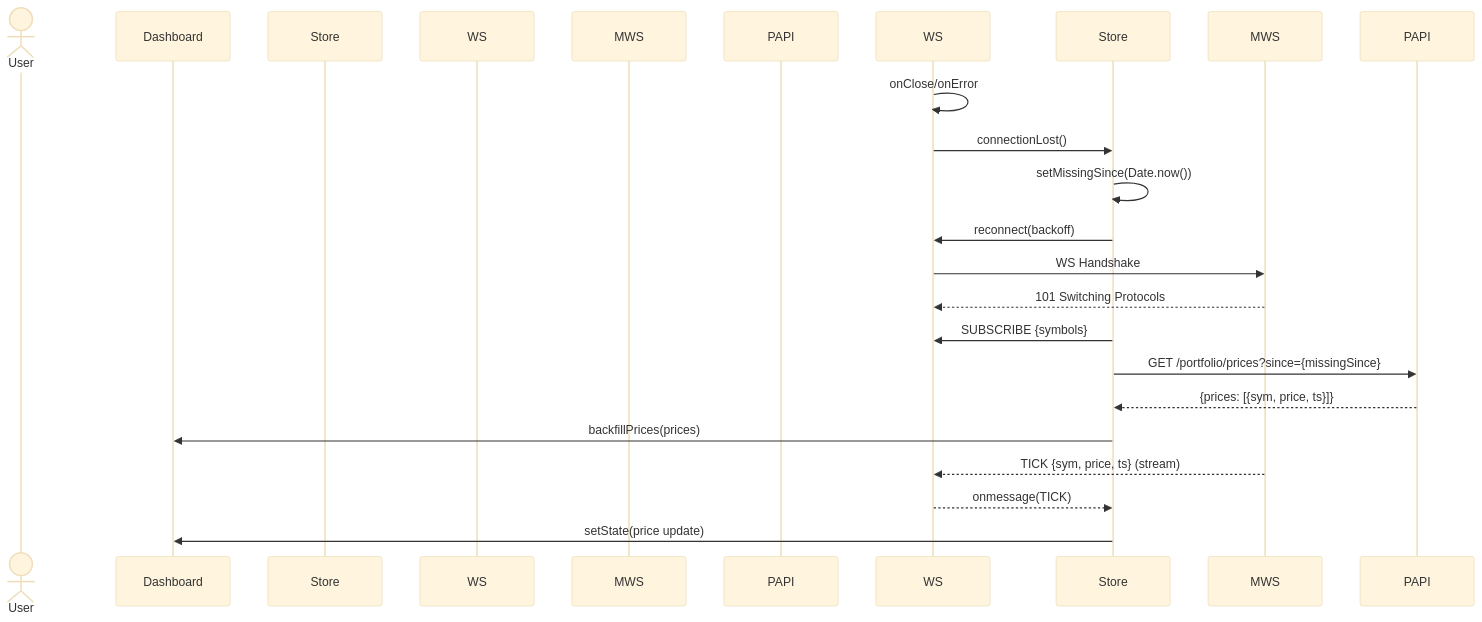
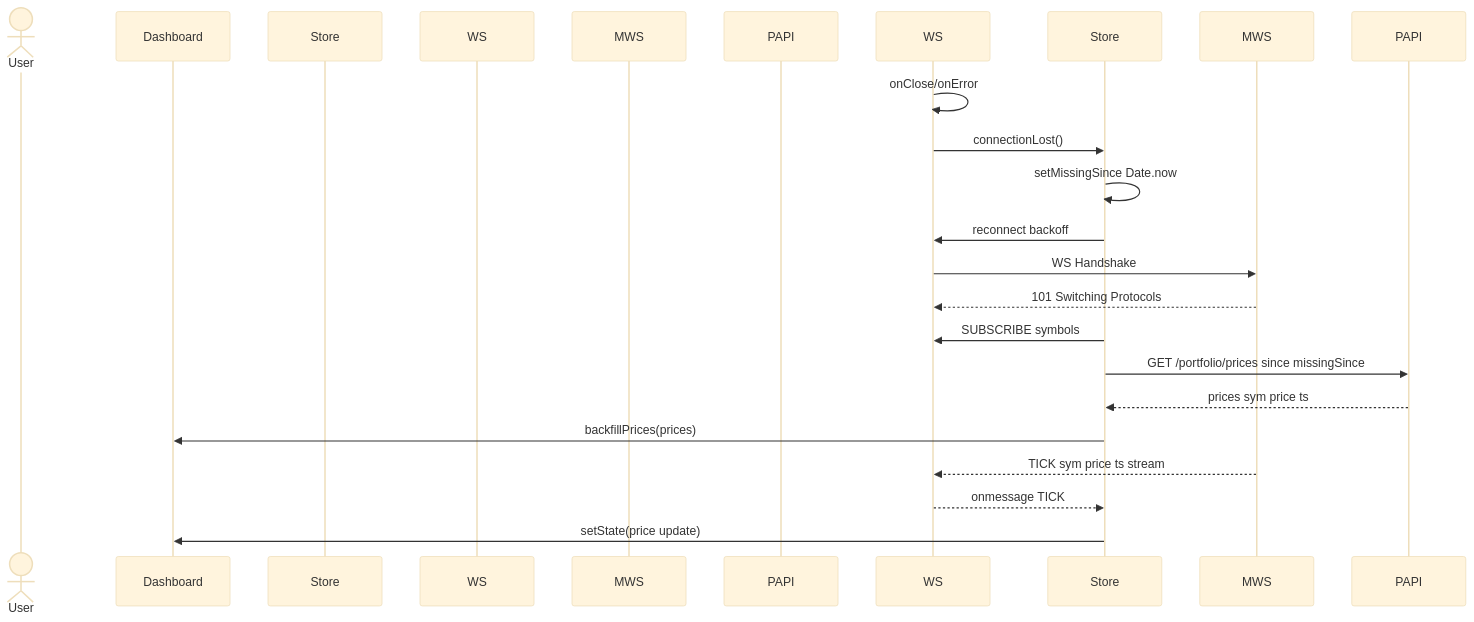
Diagram 14 of 31 in FRONTEND_UML_SPECIFICATION.md (SKNETWORKS-FAMILY-AICAMP/SKN12-FINAL-2TEAM), drawn with Mermaid (base theme) before and after one commit. The commit also changed other lines of this file, not shown here.

````diff
--- a/FRONTEND_UML_SPECIFICATION.md
+++ b/FRONTEND_UML_SPECIFICATION.md
@@ -672,23 +672,23 @@
 ```mermaid
 sequenceDiagram
     actor User
     participant Dashboard
     participant NasdaqStocksStore as Store
     participant WSClient as WS
     participant Broker as MWS
     participant PortfolioAPI as PAPI
     
     WS->>WS: onClose/onError
     WS->>Store: connectionLost()
-    Store->>Store: setMissingSince(Date.now())
-    Store->>WS: reconnect(backoff)
+    Store->>Store: setMissingSince Date.now
+    Store->>WS: reconnect backoff
     WS->>MWS: WS Handshake
     MWS-->>WS: 101 Switching Protocols
-    Store->>WS: SUBSCRIBE {symbols}
-    Store->>PAPI: GET /portfolio/prices?since={missingSince}
-    PAPI-->>Store: {prices: [{sym, price, ts}]}
+    Store->>WS: SUBSCRIBE symbols
+    Store->>PAPI: GET /portfolio/prices since missingSince
+    PAPI-->>Store: prices sym price ts
     Store->>Dashboard: backfillPrices(prices)
-    MWS-->>WS: TICK {sym, price, ts} (stream)
-    WS-->>Store: onmessage(TICK)
+    MWS-->>WS: TICK sym price ts stream
+    WS-->>Store: onmessage TICK
     Store->>Dashboard: setState(price update)
 ```
````
